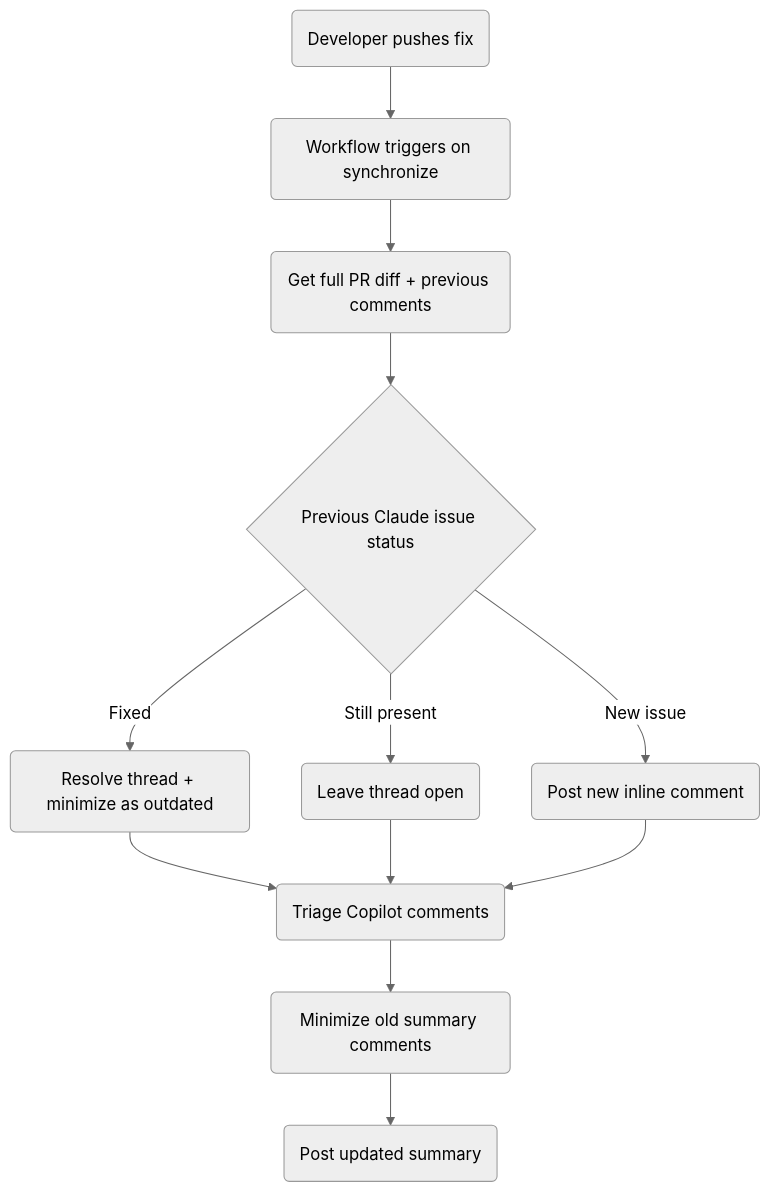
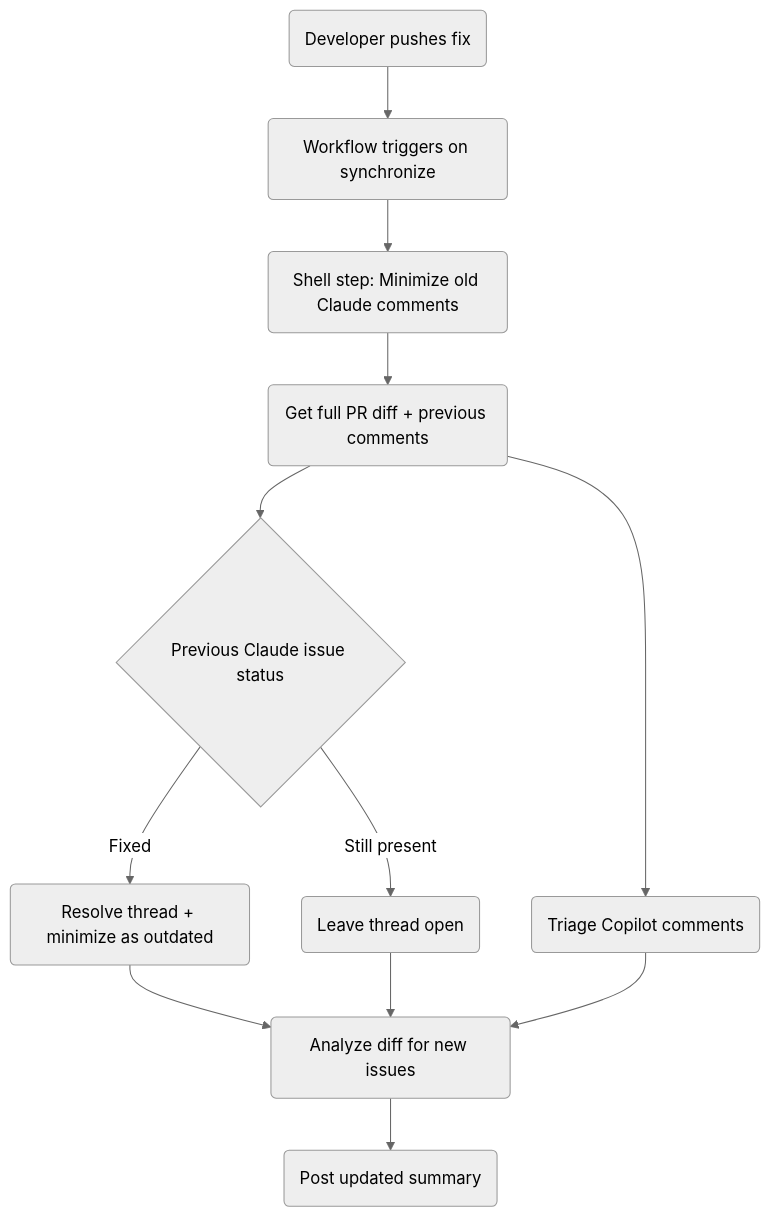
One commit to SchweizerischeBundesbahnen/github-workflows-polarion changed the second of 2 diagrams in docs/claude-code-review.md. Above: the diagram before and after it, drawn with Mermaid (neutral theme). The commit also changed other lines of this file and 1 other file, not shown here.

First line of the commit message:
fix: move comment minimization to a dedicated shell step

````diff
--- a/docs/claude-code-review.md
+++ b/docs/claude-code-review.md
@@ -166,14 +160,14 @@
 ```mermaid
 flowchart TD
   A(Developer pushes fix) --> B(Workflow triggers on synchronize)
-  B --> C(Get full PR diff + previous comments)
-  C --> D{Previous Claude issue status}
-  D -->|Fixed| E(Resolve thread + minimize as outdated)
-  D -->|Still present| F(Leave thread open)
-  D -->|New issue| G(Post new inline comment)
-  E --> CP(Triage Copilot comments)
-  F --> CP
-  G --> CP
-  CP --> H(Minimize old summary comments)
-  H --> I(Post updated summary)
+  B --> C(Shell step: Minimize old Claude comments)
+  C --> D(Get full PR diff + previous comments)
+  D --> E{Previous Claude issue status}
+  E -->|Fixed| F(Resolve thread + minimize as outdated)
+  E -->|Still present| G(Leave thread open)
+  D --> H(Triage Copilot comments)
+  F --> I(Analyze diff for new issues)
+  G --> I
+  H --> I
+  I --> J(Post updated summary)
 ```
````
